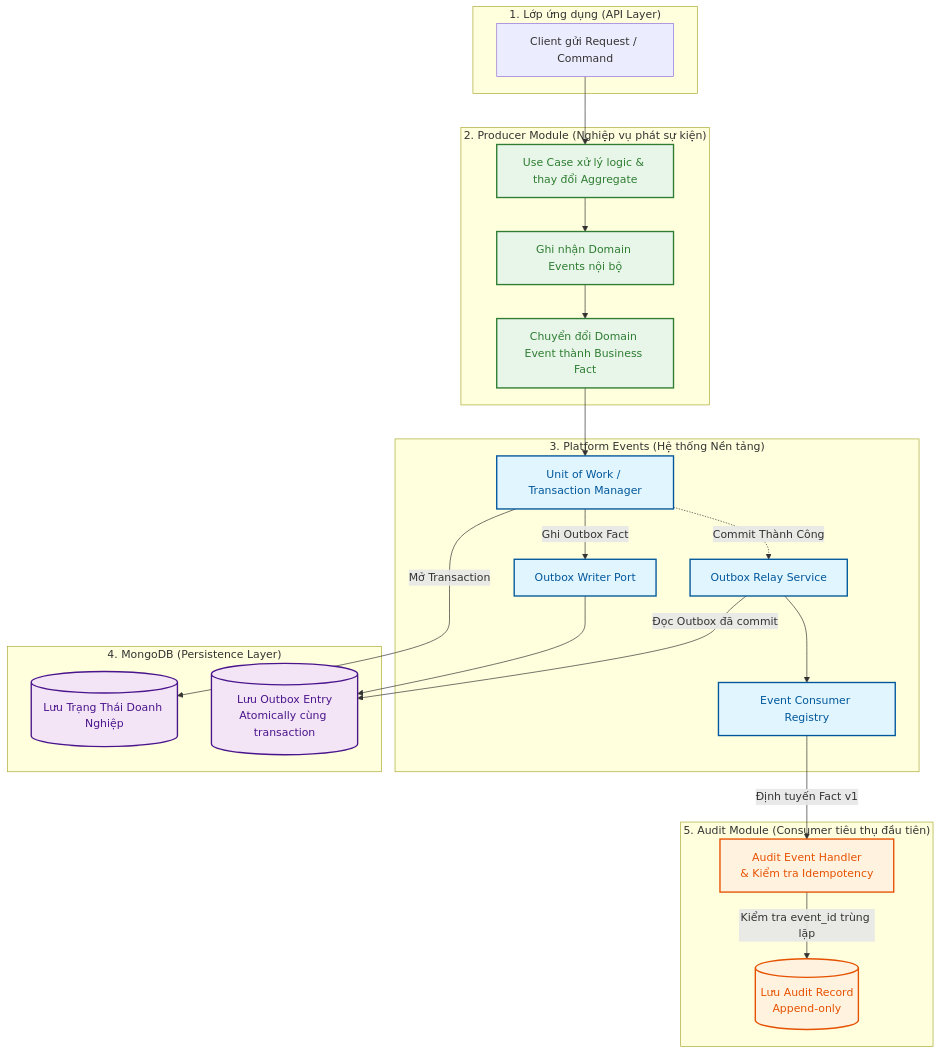
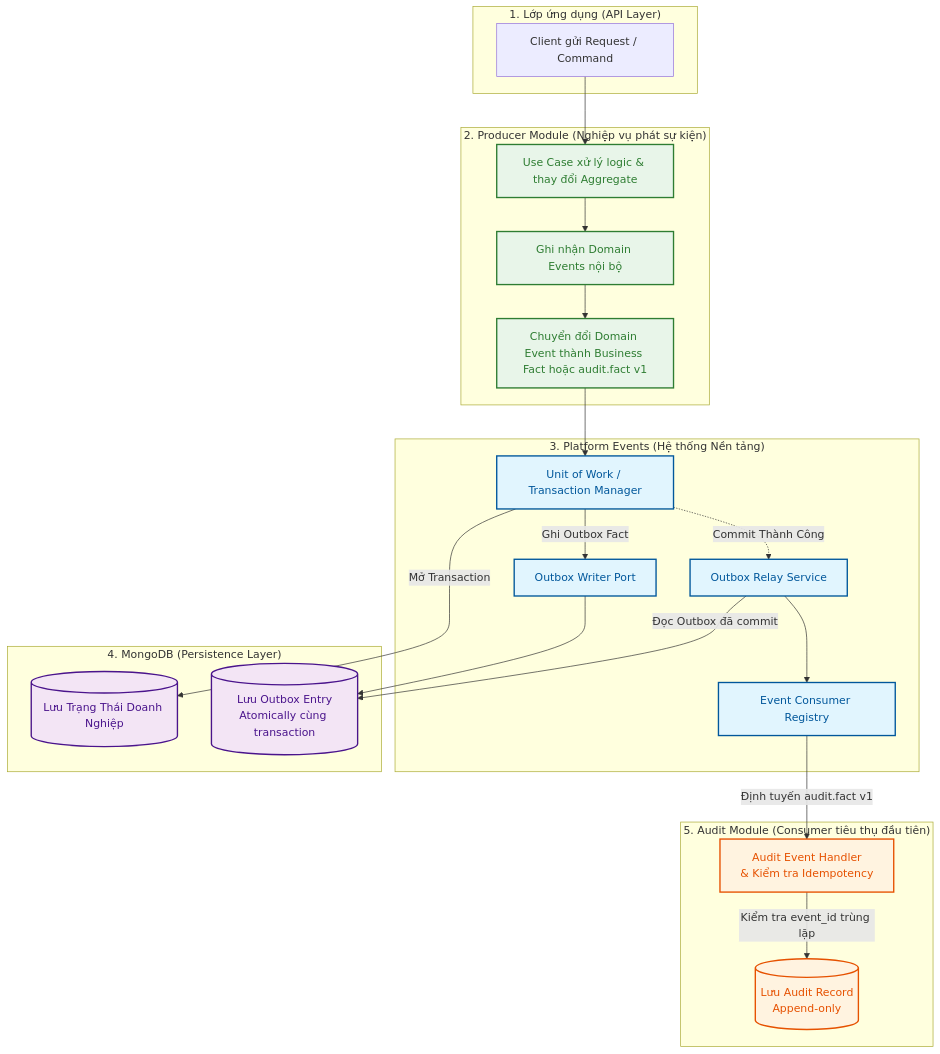
The diagram in docs/architecture/platform-event-flow.md (AR-IMMS/core-backend), drawn with Mermaid before and after one commit. The commit also changed 16 other files, not shown here.

````diff
--- a/docs/architecture/platform-event-flow.md
+++ b/docs/architecture/platform-event-flow.md
@@ -1,63 +1,63 @@
 ```mermaid
 flowchart TD
     %% Định nghĩa màu sắc cho các nhóm trách nhiệm
     classDef platform fill:#e1f5fe,stroke:#01579b,stroke-width:2px,color:#01579b;
     classDef producer fill:#e8f5e9,stroke:#2e7d32,stroke-width:2px,color:#2e7d32;
     classDef audit fill:#fff3e0,stroke:#e65100,stroke-width:2px,color:#e65100;
     classDef db fill:#f3e5f5,stroke:#4a148c,stroke-width:2px,color:#4a148c;
 
     subgraph Client["1. Lớp ứng dụng (API Layer)"]
         A[Client gửi Request / Command]
     end
 
     subgraph Producer["2. Producer Module (Nghiệp vụ phát sự kiện)"]
         B[Use Case xử lý logic & thay đổi Aggregate]
         C[Ghi nhận Domain Events nội bộ]
-        D[Chuyển đổi Domain Event thành Business Fact]
+        D[Chuyển đổi Domain Event thành Business Fact hoặc audit.fact v1]
     end
 
     subgraph Platform["3. Platform Events (Hệ thống Nền tảng)"]
         H[Unit of Work / Transaction Manager]
         I[Outbox Writer Port]
         J[Outbox Relay Service]
         K[Event Consumer Registry]
     end
 
     subgraph DB["4. MongoDB (Persistence Layer)"]
         E[(Lưu Trạng Thái Doanh Nghiệp)]
         F[(Lưu Outbox Entry\nAtomically cùng transaction)]
     end
 
     subgraph Audit["5. Audit Module (Consumer tiêu thụ đầu tiên)"]
         L[Audit Event Handler\n& Kiểm tra Idempotency]
         M[(Lưu Audit Record\nAppend-only)]
     end
 
     %% Luồng xử lý
     A --> B
     B --> C --> D
 
     %% Giao dịch nguyên tử (Atomic Unit of Work)
     D --> H
     H -->|Mở Transaction| E
     H -->|Ghi Outbox Fact| I
     I --> F
 
     %% Cam kết giao dịch thành công
     H -.->|Commit Thành Công| J
 
     %% Quá trình Relay và Dispatch sự kiện
     J -->|Đọc Outbox đã commit| F
     J --> K
-    K -->|Định tuyến Fact v1| L
+    K -->|Định tuyến audit.fact v1| L
 
     %% Xử lý Consumer & Audit
     L -->|Kiểm tra event_id trùng lặp| M
 
     %% Gán Style màu sắc
     class A client;
     class B,C,D producer;
     class H,I,J,K platform;
     class E,F db;
     class L,M audit;
 ```
````
